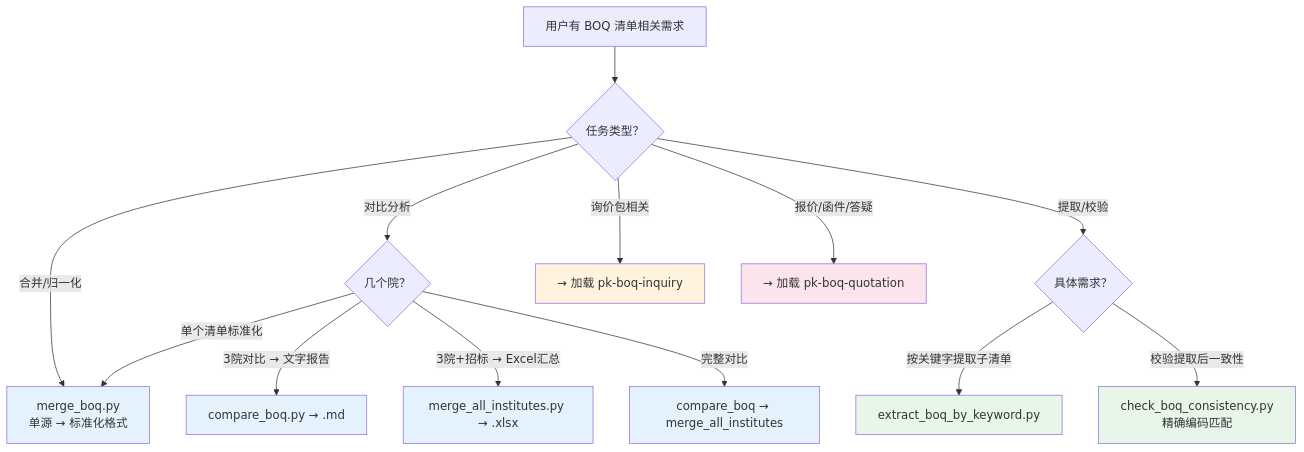
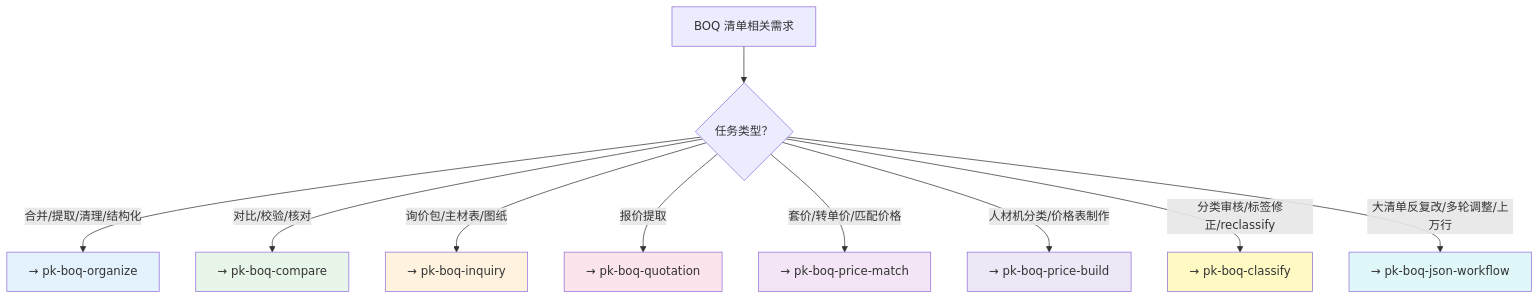
The diagram in claude/skills/pk-boq/SKILL.md (pengkang135/CCBOQ), drawn with Mermaid before and after one commit. The commit also changed other lines of this file and 35 other files, not shown here.

````diff
--- a/claude/skills/pk-boq/SKILL.md
+++ b/claude/skills/pk-boq/SKILL.md
@@ -24,27 +27,22 @@
 ```mermaid
 flowchart TD
-    START["用户有 BOQ 清单相关需求"] --> Q1{"任务类型？"}
+    START["BOQ 清单相关需求"] --> Q1{"任务类型？"}
 
-    Q1 -->|"合并/归一化"| B1["merge_boq.py<br/>单源 → 标准化格式"]
-    Q1 -->|"对比分析"| Q_N{"几个院？"}
-    Q_N -->|"单个清单标准化"| B1
-    Q_N -->|"3院对比 → 文字报告"| B2["compare_boq.py → .md"]
-    Q_N -->|"3院+招标 → Excel汇总"| B3["merge_all_institutes.py → .xlsx"]
-    Q_N -->|"完整对比"| B4["compare_boq → merge_all_institutes"]
+    Q1 -->|"合并/提取/清理/结构化"| ORGANIZE["→ pk-boq-organize"]
+    Q1 -->|"对比/校验/核对"| COMPARE["→ pk-boq-compare"]
+    Q1 -->|"询价包/主材表/图纸"| INQUIRY["→ pk-boq-inquiry"]
+    Q1 -->|"报价提取"| QUOTATION["→ pk-boq-quotation"]
+    Q1 -->|"套价/转单价/匹配价格"| PRICE_MATCH["→ pk-boq-price-match"]
+    Q1 -->|"人材机分类/价格表制作"| PRICE_BUILD["→ pk-boq-price-build"]
+    Q1 -->|"分类审核/标签修正/reclassify"| CLASSIFY["→ pk-boq-classify"]
+    Q1 -->|"大清单反复改/多轮调整/上万行"| JSONWF["→ pk-boq-json-workflow"]
 
-    Q1 -->|"提取/校验"| Q_EXTRACT{"具体需求？"}
-    Q_EXTRACT -->|"按关键字提取子清单"| E1["extract_boq_by_keyword.py"]
-    Q_EXTRACT -->|"校验提取后一致性"| E2["check_boq_consistency.py<br/>精确编码匹配"]
-
-    Q1 -->|"询价包相关"| SKILL1["→ 加载 pk-boq-inquiry"]
-    Q1 -->|"报价/函件/答疑"| SKILL2["→ 加载 pk-boq-quotation"]
-
-    style B1 fill:#e3f2fd
-    style B2 fill:#e3f2fd
-    style B3 fill:#e3f2fd
-    style B4 fill:#e3f2fd
-    style E1 fill:#e8f5e9
-    style E2 fill:#e8f5e9
-    style SKILL1 fill:#fff3e0
-    style SKILL2 fill:#fce4ec
+    style ORGANIZE fill:#e3f2fd
+    style COMPARE fill:#e8f5e9
+    style INQUIRY fill:#fff3e0
+    style QUOTATION fill:#fce4ec
+    style PRICE_MATCH fill:#f3e5f5
+    style PRICE_BUILD fill:#ede7f6
+    style CLASSIFY fill:#fff9c4
+    style JSONWF fill:#e0f7fa
 ```
````
